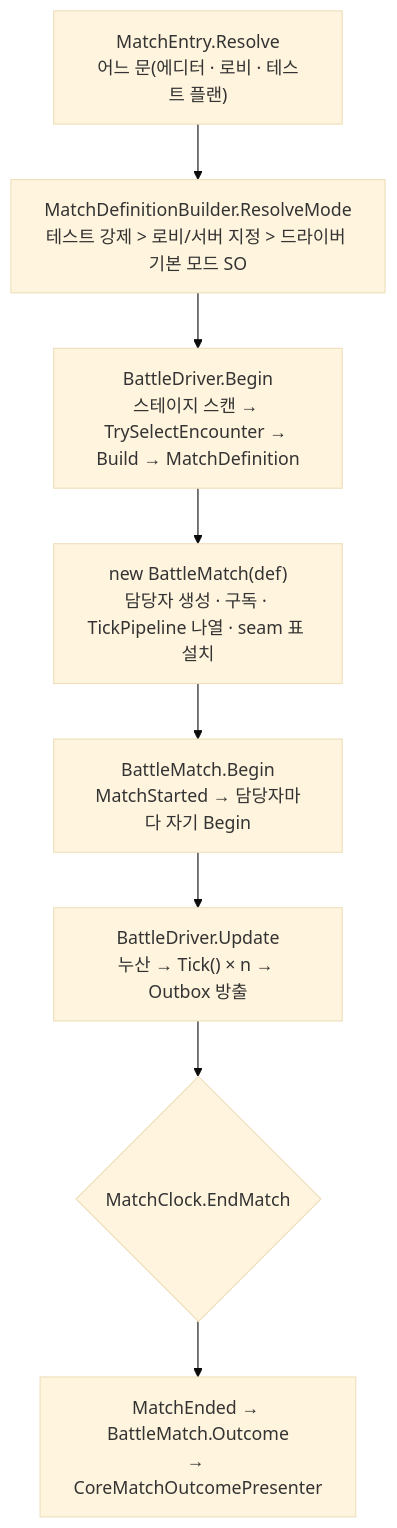
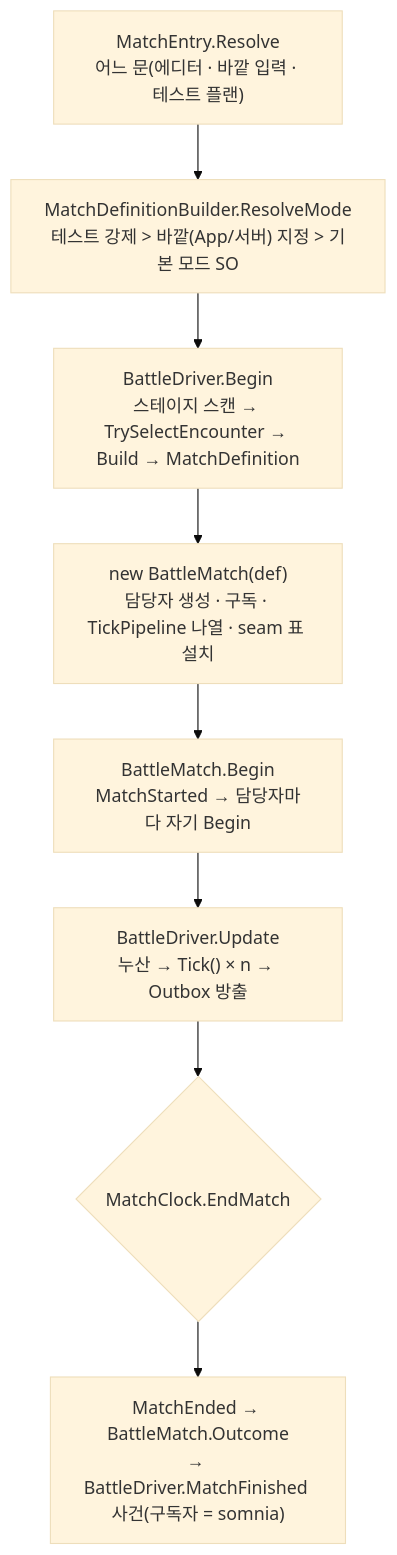
The second of 2 diagrams in docs/reference/battle-core-architecture.md (wasssupman/dreamsquad-demo), drawn with Mermaid (base theme) before and after one commit. The commit also changed other lines of this file and 18 other files, not shown here.

````diff
--- a/docs/reference/battle-core-architecture.md
+++ b/docs/reference/battle-core-architecture.md
@@ -264,10 +264,10 @@
 ```mermaid
 flowchart TD
-    E["MatchEntry.Resolve<br/>어느 문(에디터 · 로비 · 테스트 플랜)"] --> M["MatchDefinitionBuilder.ResolveMode<br/>테스트 강제 > 로비/서버 지정 > 드라이버 기본 모드 SO"]
+    E["MatchEntry.Resolve<br/>어느 문(에디터 · 바깥 입력 · 테스트 플랜)"] --> M["MatchDefinitionBuilder.ResolveMode<br/>테스트 강제 > 바깥(App/서버) 지정 > 기본 모드 SO"]
     M --> B["BattleDriver.Begin<br/>스테이지 스캔 → TrySelectEncounter → Build → MatchDefinition"]
     B --> C["new BattleMatch(def)<br/>담당자 생성 · 구독 · TickPipeline 나열 · seam 표 설치"]
     C --> G["BattleMatch.Begin<br/>MatchStarted → 담당자마다 자기 Begin"]
     G --> T["BattleDriver.Update<br/>누산 → Tick() × n → Outbox 방출"]
     T --> X{"MatchClock.EndMatch"}
-    X --> O["MatchEnded → BattleMatch.Outcome<br/>→ CoreMatchOutcomePresenter"]
+    X --> O["MatchEnded → BattleMatch.Outcome<br/>→ BattleDriver.MatchFinished 사건(구독자 = somnia)"]
 ```
````
